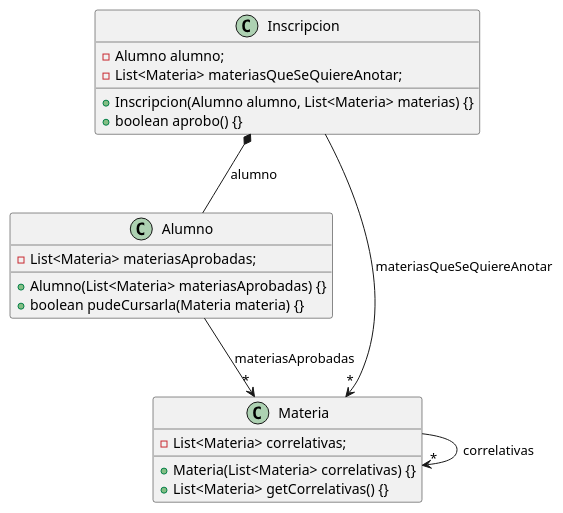
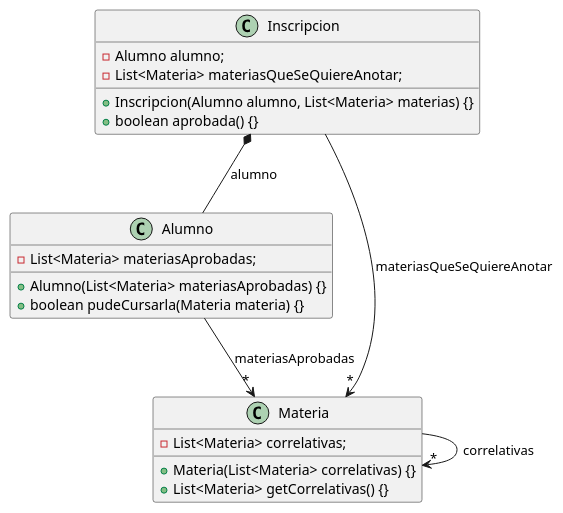
Before and after one commit to NicolasFernandezRuoff/Correlativas: the diagram in src/main/DiagramaDeClase.puml, drawn with PlantUML. The commit also changed 3 other files, not shown here.

```diff
--- a/src/main/DiagramaDeClase.puml
+++ b/src/main/DiagramaDeClase.puml
@@ -1,27 +1,27 @@
 @startuml
 Alumno  --> "*" Materia : materiasAprobadas
 Inscripcion *-- Alumno : alumno
 Inscripcion  --> "*" Materia : materiasQueSeQuiereAnotar
 Materia  --> "*" Materia : correlativas
 
 
 class Alumno {
     - List<Materia> materiasAprobadas;
     + Alumno(List<Materia> materiasAprobadas) {}
     + boolean pudeCursarla(Materia materia) {}
 }
 
 class Inscripcion {
     - Alumno alumno;
     - List<Materia> materiasQueSeQuiereAnotar;
     + Inscripcion(Alumno alumno, List<Materia> materias) {}
-    + boolean aprobo() {}
+    + boolean aprobada() {}
 }
 
 class Materia {
     - List<Materia> correlativas;
     + Materia(List<Materia> correlativas) {}
     + List<Materia> getCorrelativas() {}
 }
 
 @enduml
```
